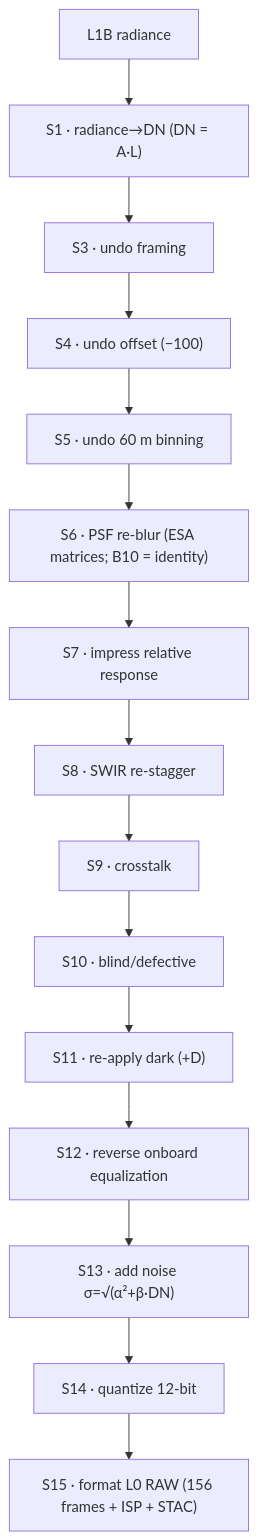
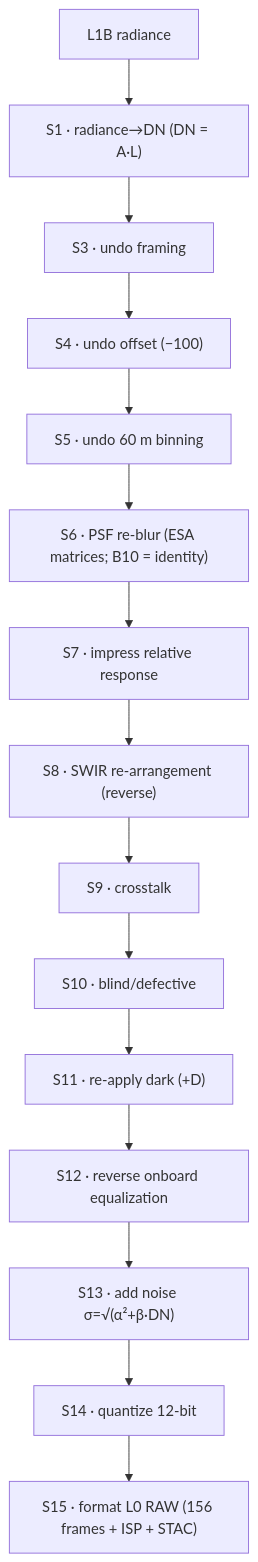
Before and after one commit to AstroCan17/s2-msi-raw-generator: the first of 2 diagrams in docs/sdd/overview.md, drawn with Mermaid. The commit also changed other lines of this file and 9 other files, not shown here.

First line of the commit message:
docs: S8 label "SWIR re-stagger" → "SWIR re-arrangement (reverse)"

````diff
--- a/docs/sdd/overview.md
+++ b/docs/sdd/overview.md
@@ -39,19 +39,19 @@
 ```mermaid
 flowchart TD
     IN["L1B radiance"]
     S1["S1 · radiance→DN (DN = A·L)"]
     S3["S3 · undo framing"]
     S4["S4 · undo offset (−100)"]
     S5["S5 · undo 60 m binning"]
     S6["S6 · PSF re-blur (ESA matrices; B10 = identity)"]
     S7["S7 · impress relative response"]
-    S8["S8 · SWIR re-stagger"]
+    S8["S8 · SWIR re-arrangement (reverse)"]
     S9["S9 · crosstalk"]
     S10["S10 · blind/defective"]
     S11["S11 · re-apply dark (+D)"]
     S12["S12 · reverse onboard equalization"]
     S13["S13 · add noise σ=√(α²+β·DN)"]
     S14["S14 · quantize 12-bit"]
     S15["S15 · format L0 RAW (156 frames + ISP + STAC)"]
     IN --> S1 --> S3 --> S4 --> S5 --> S6 --> S7 --> S8 --> S9 --> S10 --> S11 --> S12 --> S13 --> S14 --> S15
 ```
````
